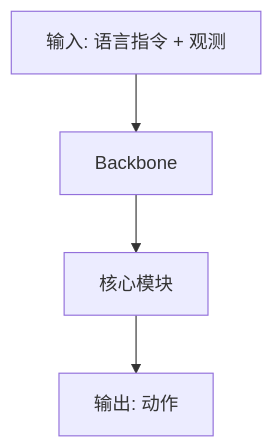
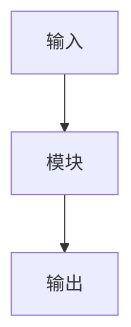
One commit to MarcoMing121/dailypaper-skills changed the diagram in skills/paper-reader/assets/paper-note-template.md. Above: the diagram before and after it, drawn with Mermaid. The commit also changed other lines of this file and 1 other file, not shown here.

Commit message:
update model-arch section spec: paper figure + one mermaid only

````diff
--- a/skills/paper-reader/assets/paper-note-template.md
+++ b/skills/paper-reader/assets/paper-note-template.md
@@ -61,7 +73,6 @@
 ```mermaid
 graph TB
     %% TODO: 根据论文内容填充架构图
-    A[输入: 语言指令 + 观测] --> B[Backbone]
-    B --> C[核心模块]
-    C --> D[输出: 动作]
+    A[输入] --> B[模块]
+    B --> C[输出]
 ```
````
